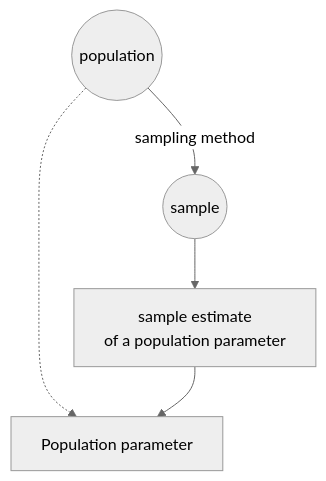
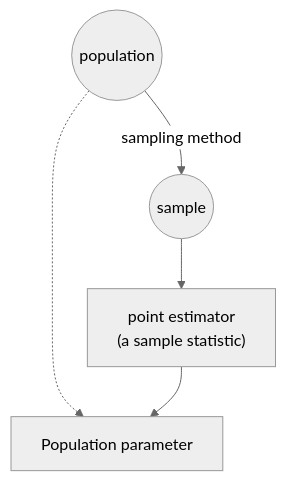
The diagram in estimation.qmd (bougioukas/MedStatsJamovi), drawn with Mermaid (neutral theme) before and after one commit. The commit also changed other lines of this file and 31 other files, not shown here.

````diff
--- a/estimation.qmd
+++ b/estimation.qmd
@@ -31,14 +39,14 @@
 ```{mermaid}
 %%| column: screen-inset-right
 %%| label: fig-estimation
 %%| fig-align: center
 %%| fig-width: 12
 %%| fig-cap: Taking a sample of the population and using the sample to estimate a population parameter 
 
 flowchart TB  
     A((population)) -- sampling method --> B((sample))
     A -.-> C[Population parameter]
-    B --> D[sample estimate <br> of a population parameter]
+    B --> D["point estimator <br> (a sample statistic)"]
     D --> C
 
 ```
````
